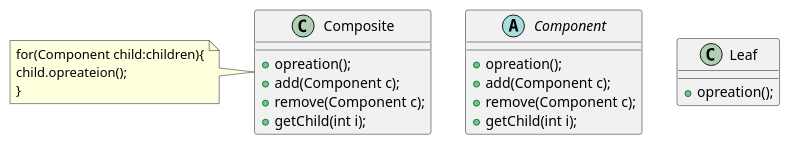
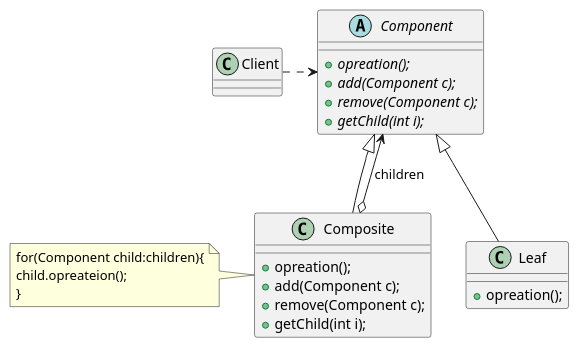
Before and after one commit to lyszhen3/myWeb: the diagram in design_model/src/main/resources/结构型模式/组合模式.puml, drawn with PlantUML. The commit also changed 184 other files, not shown here.

```diff
--- a/design_model/src/main/resources/结构型模式/组合模式.puml
+++ b/design_model/src/main/resources/结构型模式/组合模式.puml
@@ -1,20 +1,30 @@
 @startuml
 abstract class Component{
-+opreation();
-+add(Component c);
-+remove(Component c);
-+getChild(int i);
++{abstract} opreation();
++{abstract} add(Component c);
++{abstract} remove(Component c);
++{abstract} getChild(int i);
 }
 
 class Leaf{
 +opreation();
 }
 class Composite{
 +opreation();
 +add(Component c);
 +remove(Component c);
 +getChild(int i);
 }
 note left:for(Component child:children){\nchild.opreateion();\n}
 
+
+class Client{
+
+}
+Leaf -up-|> Component
+Composite -up-|>Component
+Composite o-->Component:children
+Client .right..> Component
+
+
 @enduml
```
